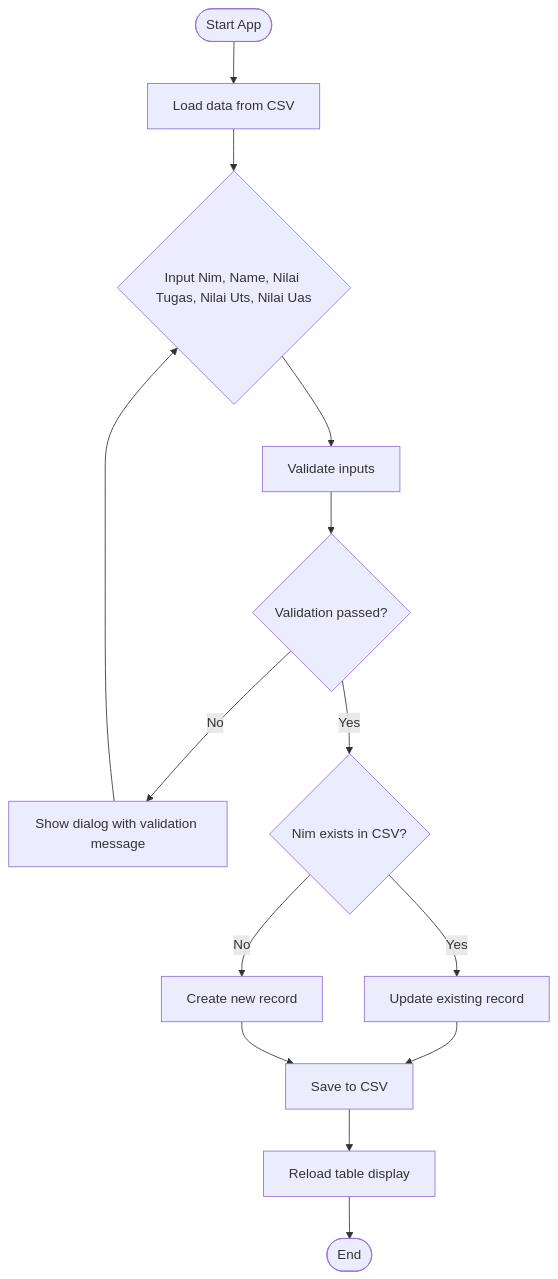
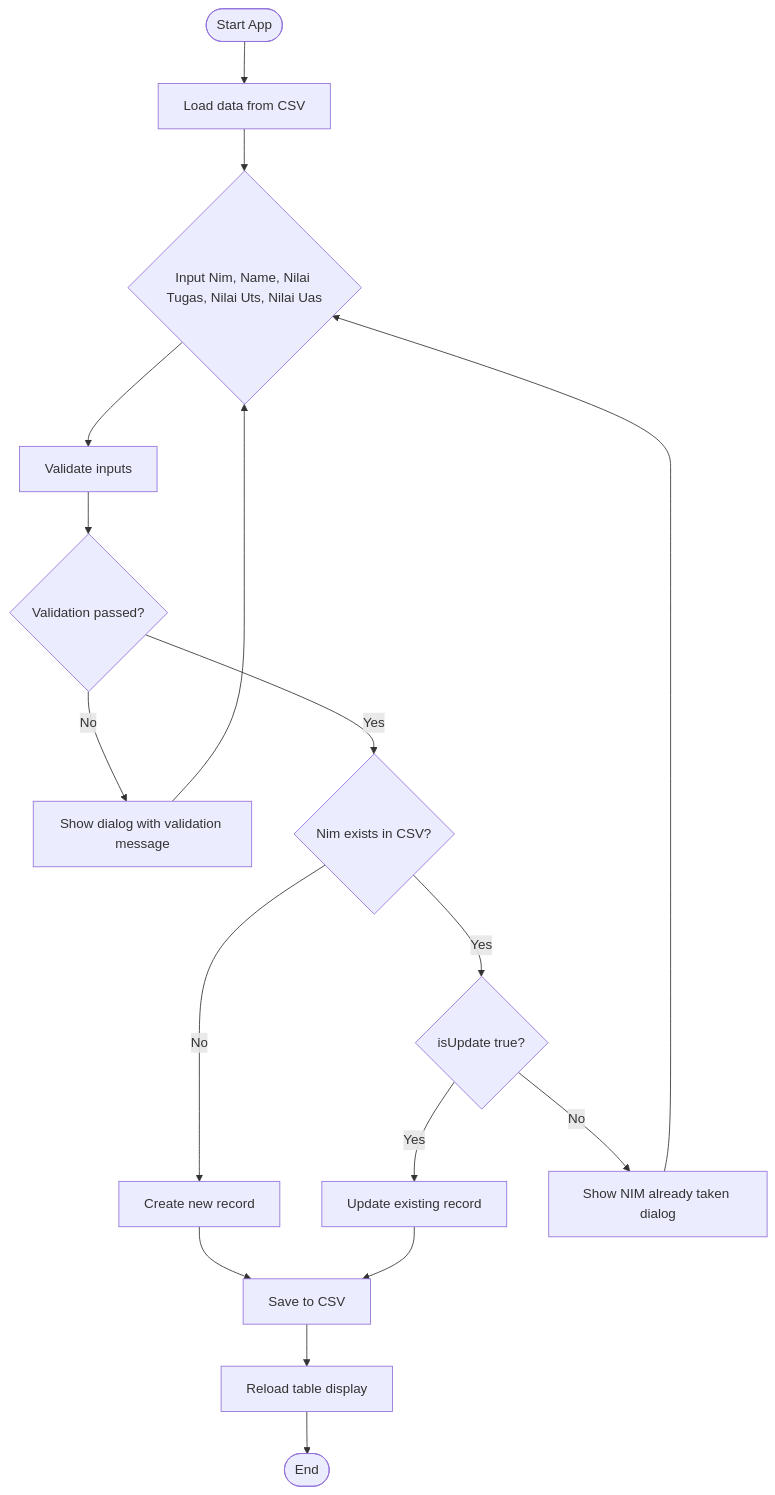
The diagram in README.md (RifkySM/MidtermAlgo2), drawn with Mermaid before and after one commit.

````diff
--- a/README.md
+++ b/README.md
@@ -72,16 +72,19 @@
 ```mermaid
 flowchart TD
     A([Start App]) --> B[Load data from CSV]
     B --> C{Input Nim, Name, Nilai Tugas, Nilai Uts, Nilai Uas}
     C --> D[Validate inputs]
     D --> E{Validation passed?}
     E -- No --> F[Show dialog with validation message]
     F --> C
     E -- Yes --> G{Nim exists in CSV?}
-    G -- Yes --> H[Update existing record]
     G -- No --> I[Create new record]
-    H --> J[Save to CSV]
-    I --> J
-    J --> K[Reload table display]
-    K --> L([End])
+    G -- Yes --> H{isUpdate true?}
+    H -- Yes --> J[Update existing record]
+    H -- No --> M[Show NIM already taken dialog]
+    M --> C
+    I --> K[Save to CSV]
+    J --> K
+    K --> L[Reload table display]
+    L --> N([End])
 ```
````
